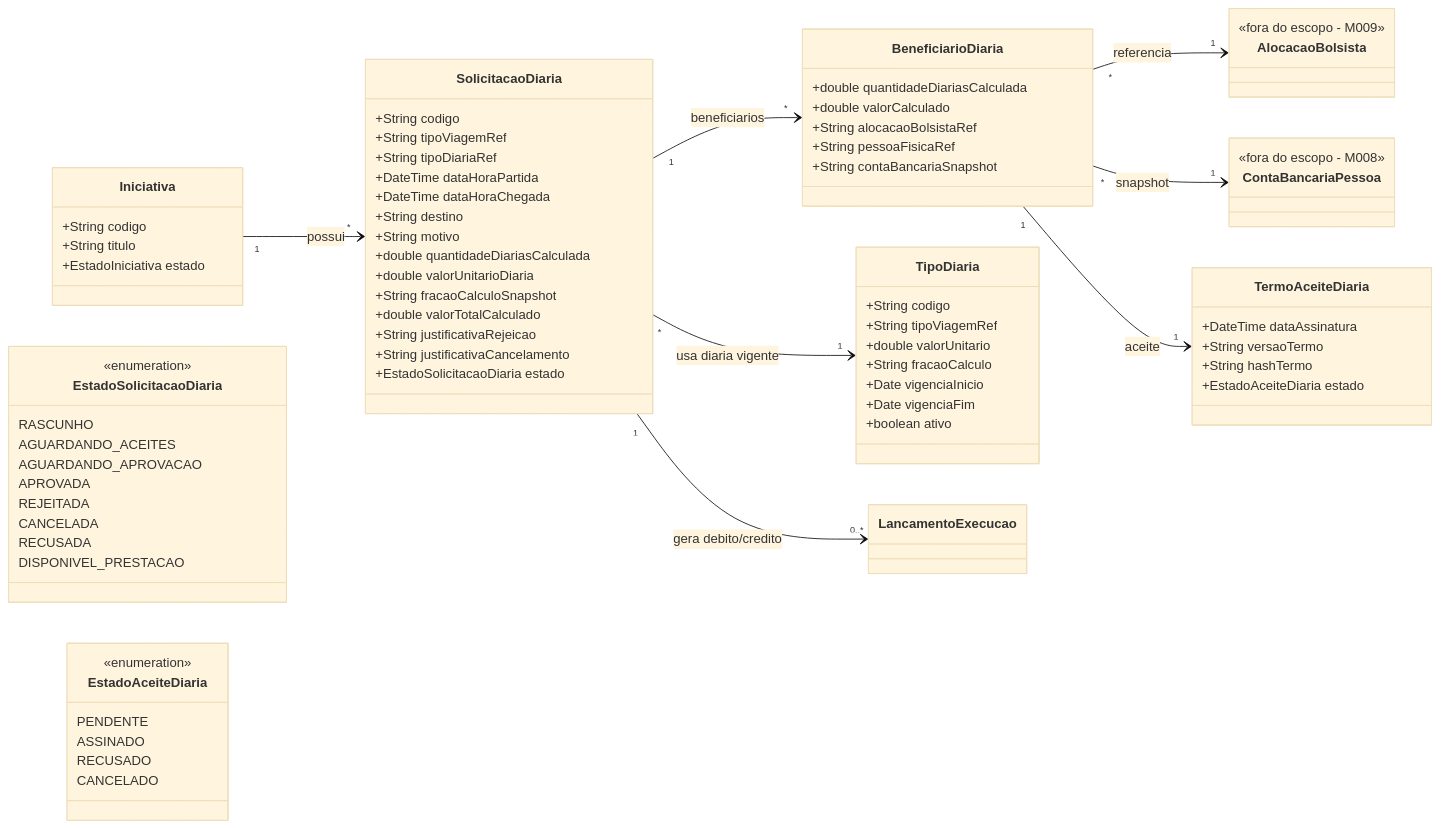
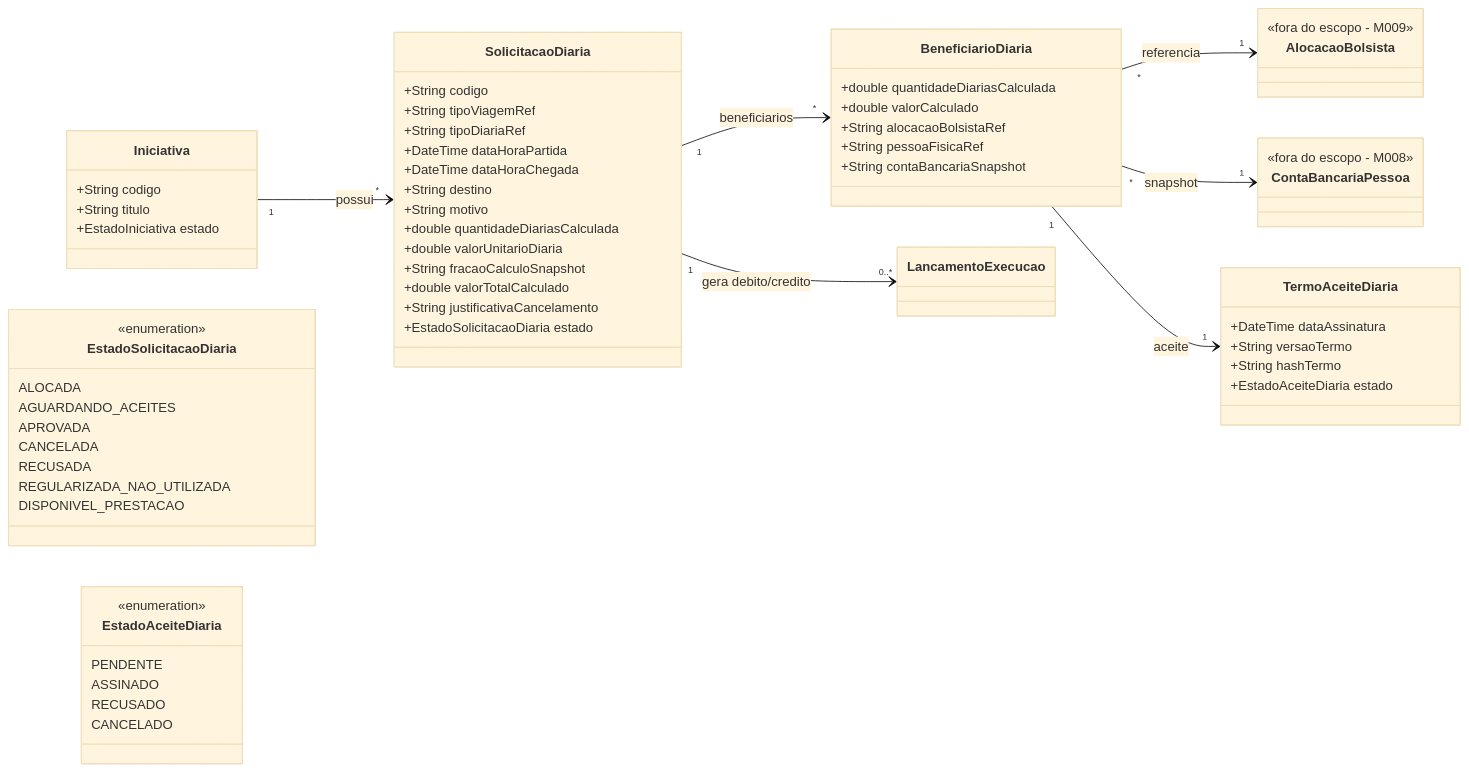
The second of 6 diagrams in docs/implementation/modules/M003-gestao-iniciativas-captadas/modelo-estrutural.md (Czzped/conecta-fapes-teste), drawn with Mermaid (base theme) before and after one commit. The commit also changed other lines of this file and 102 other files, not shown here.

```diff
--- a/docs/implementation/modules/M003-gestao-iniciativas-captadas/modelo-estrutural.md
+++ b/docs/implementation/modules/M003-gestao-iniciativas-captadas/modelo-estrutural.md
@@ -370,7 +357,6 @@
         +double valorUnitarioDiaria
         +String fracaoCalculoSnapshot
         +double valorTotalCalculado
-        +String justificativaRejeicao
         +String justificativaCancelamento
         +EstadoSolicitacaoDiaria estado
     }
@@ -390,16 +376,6 @@
         +EstadoAceiteDiaria estado
     }
 
-    class TipoDiaria {
-        +String codigo
-        +String tipoViagemRef
-        +double valorUnitario
-        +String fracaoCalculo
-        +Date vigenciaInicio
-        +Date vigenciaFim
-        +boolean ativo
-    }
-
     class AlocacaoBolsista {
         <<fora do escopo - M009>>
     }
@@ -410,13 +386,12 @@
 
     class EstadoSolicitacaoDiaria {
         <<enumeration>>
-        RASCUNHO
+        ALOCADA
         AGUARDANDO_ACEITES
-        AGUARDANDO_APROVACAO
         APROVADA
-        REJEITADA
         CANCELADA
         RECUSADA
+        REGULARIZADA_NAO_UTILIZADA
         DISPONIVEL_PRESTACAO
     }
 
@@ -430,7 +405,6 @@
 
     Iniciativa "1" --> "*" SolicitacaoDiaria : possui
     SolicitacaoDiaria "1" --> "*" BeneficiarioDiaria : beneficiarios
-    SolicitacaoDiaria "*" --> "1" TipoDiaria : usa diaria vigente
     SolicitacaoDiaria "1" --> "0..*" LancamentoExecucao : gera debito/credito
     BeneficiarioDiaria "*" --> "1" AlocacaoBolsista : referencia
     BeneficiarioDiaria "*" --> "1" ContaBancariaPessoa : snapshot
```
